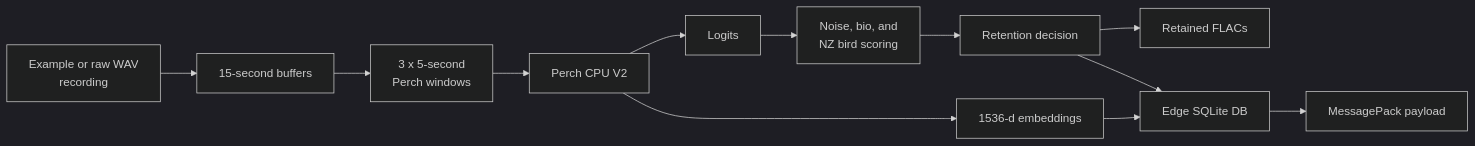
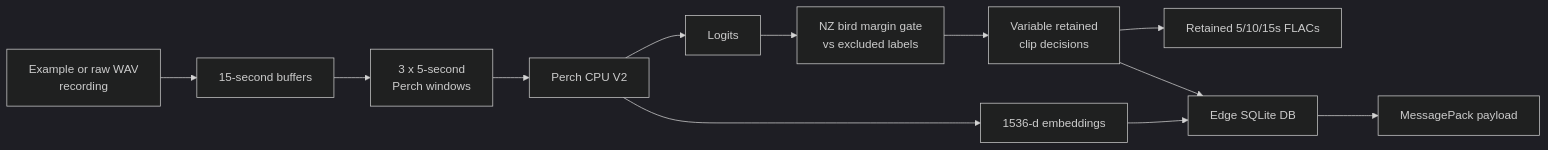
Before and after one commit to cavemoa/edge_bioacoustics: the first of 3 diagrams in README.md, drawn with Mermaid (dark theme). The commit also changed other lines of this file and 30 other files, not shown here.

````diff
--- a/README.md
+++ b/README.md
@@ -76,14 +81,14 @@
 ```mermaid
 flowchart LR
     A[Example or raw WAV<br>recording] --> B[15-second buffers]
     B --> C[3 x 5-second<br>Perch windows]
     C --> D[Perch CPU V2]
     D --> E[Logits]
     D --> F[1536-d embeddings]
-    E --> G[Noise, bio, and<br>NZ bird scoring]
-    G --> H[Retention decision]
-    H --> I[Retained FLACs]
+    E --> G[NZ bird margin gate<br>vs excluded labels]
+    G --> H[Variable retained<br>clip decisions]
+    H --> I[Retained 5/10/15s FLACs]
     H --> J[Edge SQLite DB]
     F --> J
     J --> K[MessagePack payload]
 ```
````
